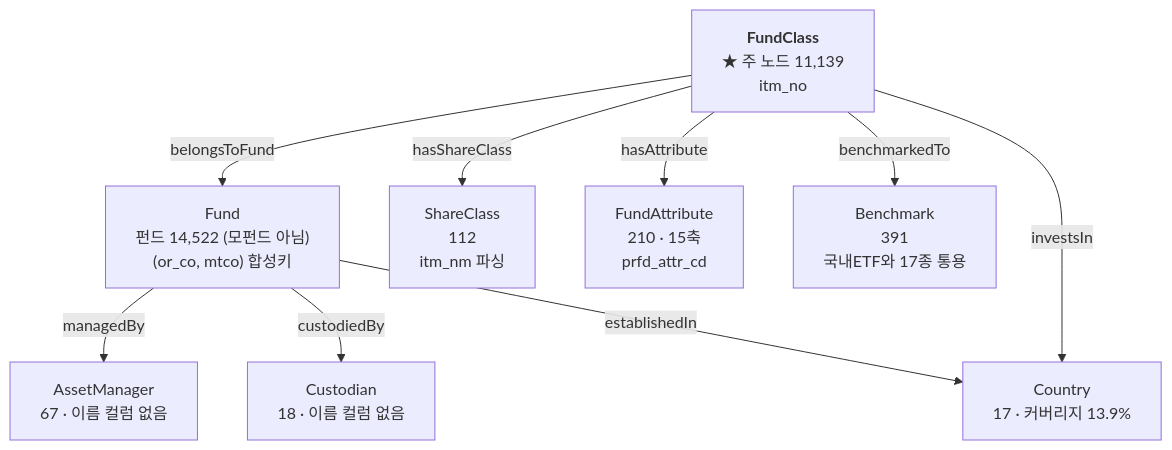
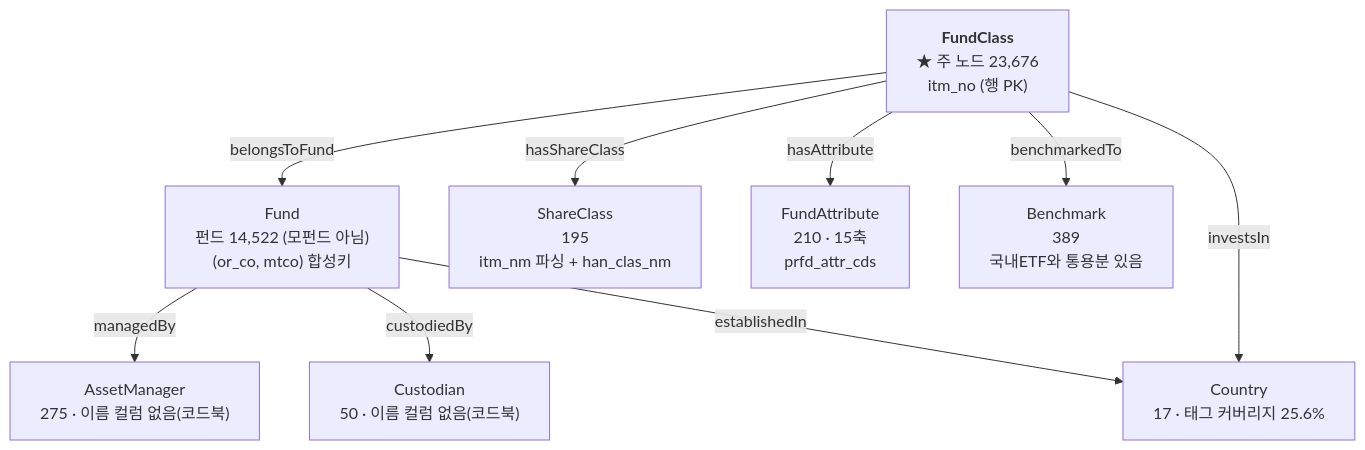
Before and after one commit to Song-exp/miraeassetfesta: the diagram in docs/eda/public_funds_entity_map.md, drawn with Mermaid. The commit also changed other lines of this file and 11 other files, not shown here.

````diff
--- a/docs/eda/public_funds_entity_map.md
+++ b/docs/eda/public_funds_entity_map.md
@@ -47,19 +49,19 @@
 ```mermaid
 graph TD
-  FC["<b>FundClass</b><br/>★ 주 노드 11,139<br/>itm_no"]
+  FC["<b>FundClass</b><br/>★ 주 노드 23,676<br/>itm_no (행 PK)"]
   FD["Fund<br/>펀드 14,522 (모펀드 아님)<br/>(or_co, mtco) 합성키"]
-  SC["ShareClass<br/>112<br/>itm_nm 파싱"]
-  FA["FundAttribute<br/>210 · 15축<br/>prfd_attr_cd"]
-  CO["Country<br/>17 · 커버리지 13.9%"]
-  BM["Benchmark<br/>391<br/>국내ETF와 17종 통용"]
-  AM["AssetManager<br/>67 · 이름 컬럼 없음"]
-  CU["Custodian<br/>18 · 이름 컬럼 없음"]
+  SC["ShareClass<br/>195<br/>itm_nm 파싱 + han_clas_nm"]
+  FA["FundAttribute<br/>210 · 15축<br/>prfd_attr_cds"]
+  CO["Country<br/>17 · 태그 커버리지 25.6%"]
+  BM["Benchmark<br/>389<br/>국내ETF와 통용분 있음"]
+  AM["AssetManager<br/>275 · 이름 컬럼 없음(코드북)"]
+  CU["Custodian<br/>50 · 이름 컬럼 없음(코드북)"]
   FC -->|belongsToFund| FD
   FD -->|managedBy| AM
   FD -->|custodiedBy| CU
   FD -->|establishedIn| CO
   FC -->|hasShareClass| SC
   FC -->|hasAttribute| FA
   FC -->|investsIn| CO
   FC -->|benchmarkedTo| BM
 ```
````
